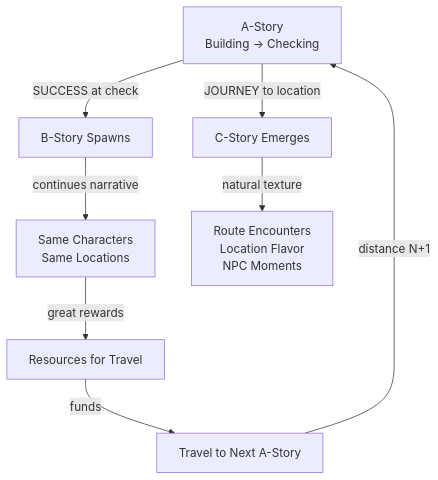
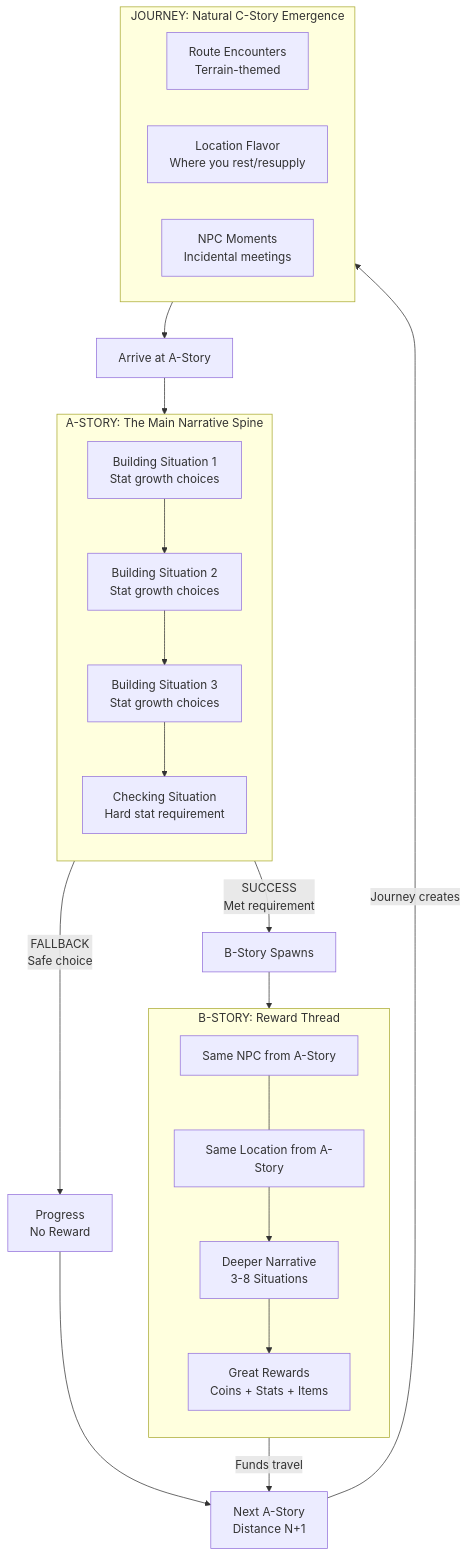
The first of 3 diagrams in gdd/ENDLESS_STORY_DESIGN.md (meatz89/Wayfarer), drawn with Mermaid before and after one commit. The commit also changed other lines of this file, not shown here.

First line of the commit message:
docs: Expand flow diagrams with bigger concept visualizations

````diff
--- a/gdd/ENDLESS_STORY_DESIGN.md
+++ b/gdd/ENDLESS_STORY_DESIGN.md
@@ -11,13 +92,41 @@
 ```mermaid
 flowchart TD
-    A[A-Story<br/>Building → Checking] -->|SUCCESS at check| B[B-Story Spawns]
-    A -->|JOURNEY to location| C[C-Story Emerges]
+    subgraph ASTORY["A-STORY: The Main Narrative Spine"]
+        direction TB
+        A1[Building Situation 1<br/>Stat growth choices]
+        A2[Building Situation 2<br/>Stat growth choices]
+        A3[Building Situation 3<br/>Stat growth choices]
+        A4[Checking Situation<br/>Hard stat requirement]
 
-    B -->|continues narrative| B2[Same Characters<br/>Same Locations]
-    B2 -->|great rewards| R[Resources for Travel]
+        A1 --> A2 --> A3 --> A4
+    end
 
-    C -->|natural texture| C2[Route Encounters<br/>Location Flavor<br/>NPC Moments]
+    A4 -->|SUCCESS<br/>Met requirement| BSPAWN[B-Story Spawns]
+    A4 -->|FALLBACK<br/>Safe choice| PROGRESS[Progress<br/>No Reward]
 
-    R -->|funds| A2[Travel to Next A-Story]
-    A2 -->|distance N+1| A
+    subgraph BSTORY["B-STORY: Reward Thread"]
+        direction TB
+        B1[Same NPC from A-Story]
+        B2[Same Location from A-Story]
+        B3[Deeper Narrative<br/>3-8 Situations]
+        B4[Great Rewards<br/>Coins + Stats + Items]
+
+        B1 --- B2
+        B2 --> B3 --> B4
+    end
+
+    BSPAWN --> BSTORY
+
+    subgraph TRAVEL["JOURNEY: Natural C-Story Emergence"]
+        direction LR
+        T1[Route Encounters<br/>Terrain-themed]
+        T2[Location Flavor<br/>Where you rest/resupply]
+        T3[NPC Moments<br/>Incidental meetings]
+    end
+
+    B4 -->|Funds travel| NEXT[Next A-Story<br/>Distance N+1]
+    PROGRESS --> NEXT
+    NEXT -->|Journey creates| TRAVEL
+    TRAVEL --> ARRIVE[Arrive at A-Story]
+    ARRIVE --> ASTORY
 ```
````
